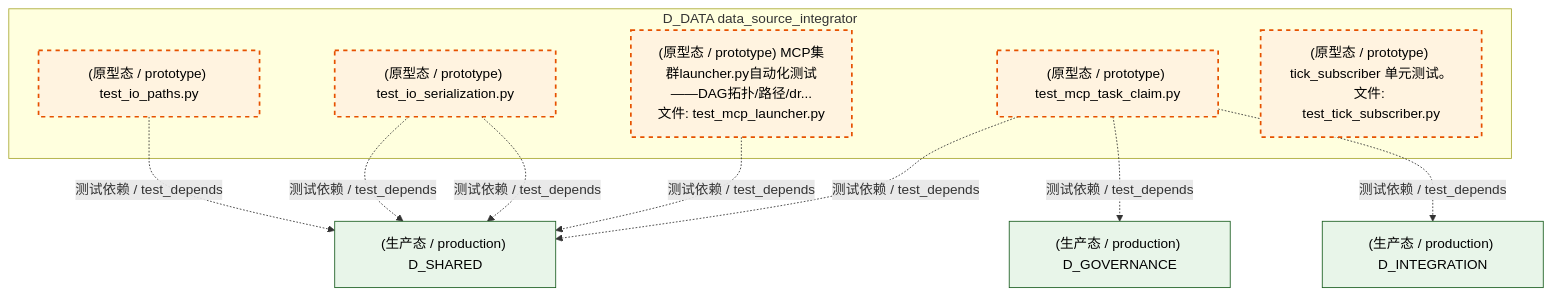
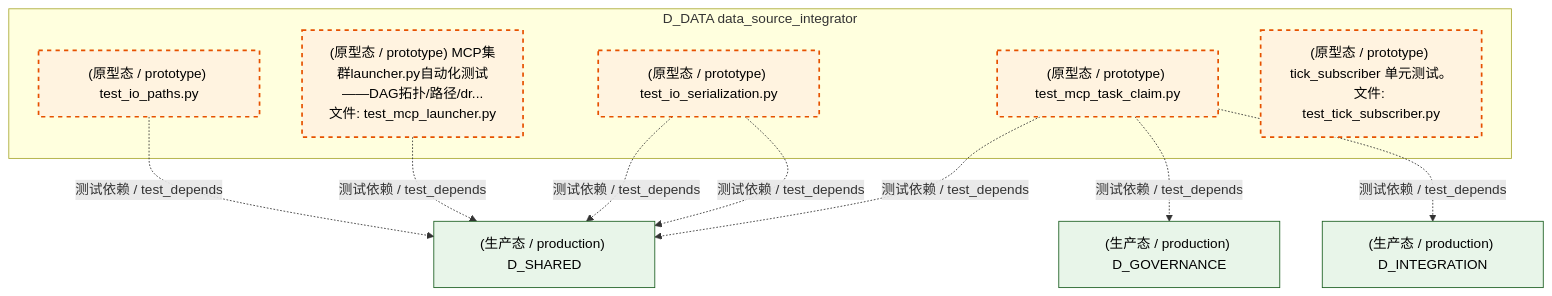
Before and after one commit to xuanFelixVan/ZephyrAlpha: the third of 6 diagrams in docs/02_enterprise_architecture/02_domain_architecture_docs/61_d_data.md, drawn with Mermaid. The commit also changed other lines of this file and 126 other files, not shown here.

````diff
--- a/docs/02_enterprise_architecture/02_domain_architecture_docs/61_d_data.md
+++ b/docs/02_enterprise_architecture/02_domain_architecture_docs/61_d_data.md
@@ -311,26 +313,26 @@
 ```mermaid
 graph TD
     subgraph D_DATA["D_DATA data_source_integrator"]
         tests_io_test_io_paths_py["(原型态 / prototype) test_io_paths.py"]
         tests_io_test_io_serialization_py["(原型态 / prototype) test_io_serialization.py"]
         tests_io_test_mcp_launcher_py["(原型态 / prototype) MCP集群launcher.py自动化测试——DAG拓扑/路径/dr...<br/>文件: test_mcp_launcher.py"]
         tests_io_test_mcp_task_claim_py["(原型态 / prototype) test_mcp_task_claim.py"]
         tests_zephyr_data_test_tick_subscriber_py["(原型态 / prototype) tick_subscriber 单元测试。<br/>文件: test_tick_subscriber.py"]
     end
+    D_GOVERNANCE["(生产态 / production) D_GOVERNANCE"]
+    tests_io_test_mcp_task_claim_py -.->|测试依赖 / test_depends| D_GOVERNANCE
     D_SHARED["(生产态 / production) D_SHARED"]
     tests_io_test_mcp_task_claim_py -.->|测试依赖 / test_depends| D_SHARED
-    tests_io_test_mcp_launcher_py -.->|测试依赖 / test_depends| D_SHARED
-    D_GOVERNANCE["(生产态 / production) D_GOVERNANCE"]
-    tests_io_test_mcp_task_claim_py -.->|测试依赖 / test_depends| D_GOVERNANCE
     tests_io_test_io_serialization_py -.->|测试依赖 / test_depends| D_SHARED
     tests_io_test_io_serialization_py -.->|测试依赖 / test_depends| D_SHARED
     D_INTEGRATION["(生产态 / production) D_INTEGRATION"]
     tests_io_test_mcp_task_claim_py -.->|测试依赖 / test_depends| D_INTEGRATION
+    tests_io_test_mcp_launcher_py -.->|测试依赖 / test_depends| D_SHARED
     tests_io_test_io_paths_py -.->|测试依赖 / test_depends| D_SHARED
     classDef production fill:#e1f5fe,stroke:#01579b,stroke-width:2px,color:#000
     classDef design fill:#fff3e0,stroke:#e65100,stroke-width:2px,color:#000,stroke-dasharray: 5 5
     classDef external_prod fill:#e8f5e9,stroke:#1b5e20,stroke-width:1px,color:#000
     classDef external_design fill:#fce4ec,stroke:#880e4f,stroke-width:1px,color:#000,stroke-dasharray: 5 5
     class tests_io_test_io_paths_py,tests_io_test_io_serialization_py,tests_io_test_mcp_launcher_py,tests_io_test_mcp_task_claim_py,tests_zephyr_data_test_tick_subscriber_py design
-    class D_SHARED,D_GOVERNANCE,D_INTEGRATION external_prod
+    class D_GOVERNANCE,D_SHARED,D_INTEGRATION external_prod
 ```
````
